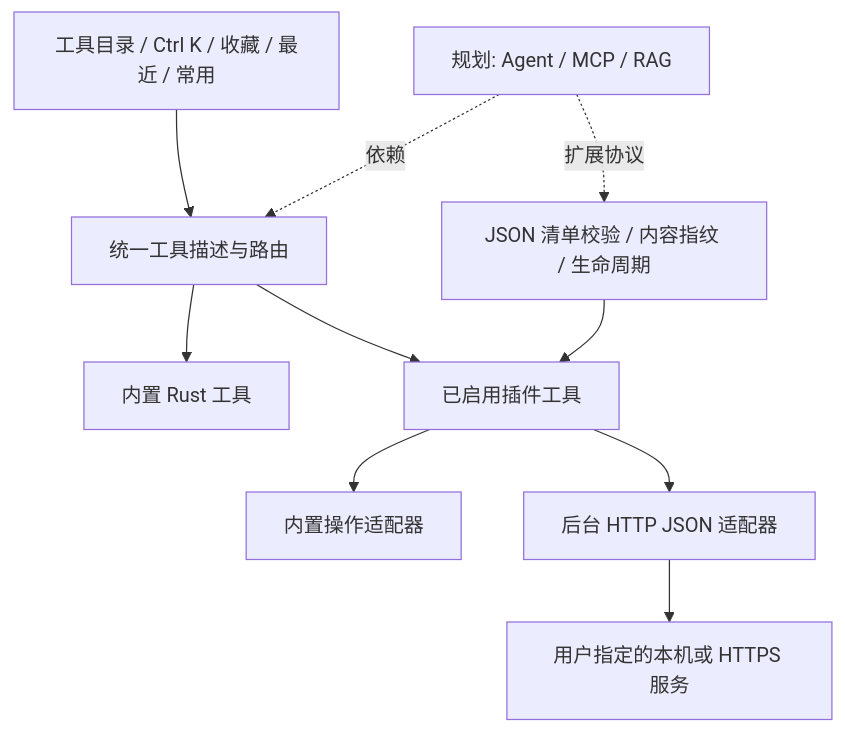
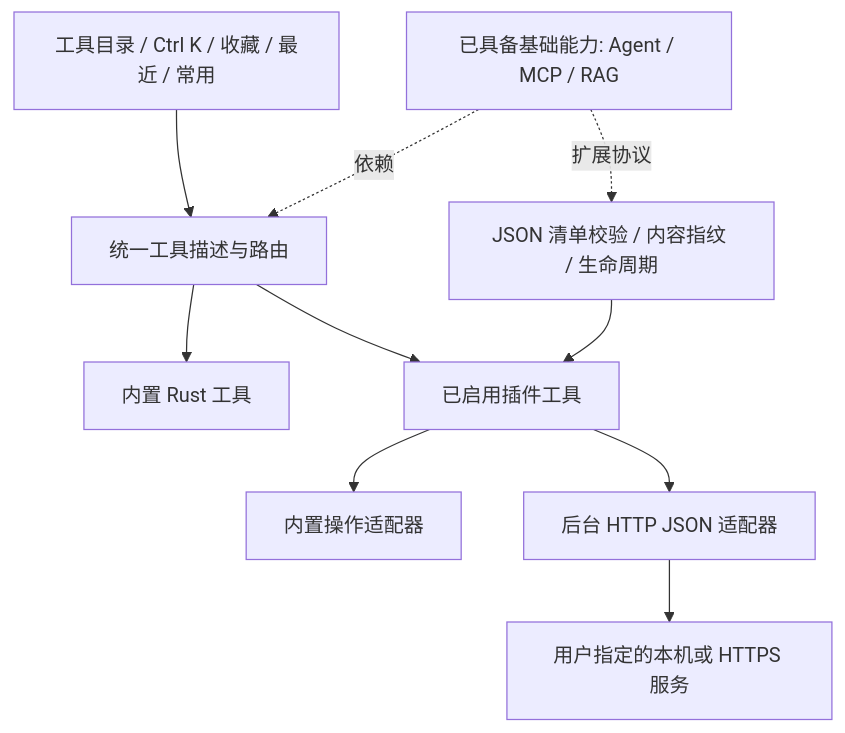
One commit to ax2/zi-devtools changed the diagram in docs/platform-roadmap.md. Above: the diagram before and after it, drawn with Mermaid. The commit also changed other lines of this file and 15 other files, not shown here.

Commit message:
Add bounded duplicate file inspector and sync roadmap catalog

````diff
--- a/docs/platform-roadmap.md
+++ b/docs/platform-roadmap.md
@@ -18,12 +20,12 @@
 ```mermaid
 flowchart TD
   A[工具目录 / Ctrl K / 收藏 / 最近 / 常用] --> B[统一工具描述与路由]
   B --> C[内置 Rust 工具]
   B --> D[已启用插件工具]
   E[JSON 清单校验 / 内容指纹 / 生命周期] --> D
   D --> F[内置操作适配器]
   D --> G[后台 HTTP JSON 适配器]
   G --> H[用户指定的本机或 HTTPS 服务]
-  I[规划: Agent / MCP / RAG] -.依赖.-> B
+  I[已具备基础能力: Agent / MCP / RAG] -.依赖.-> B
   I -.扩展协议.-> E
 ```
````
